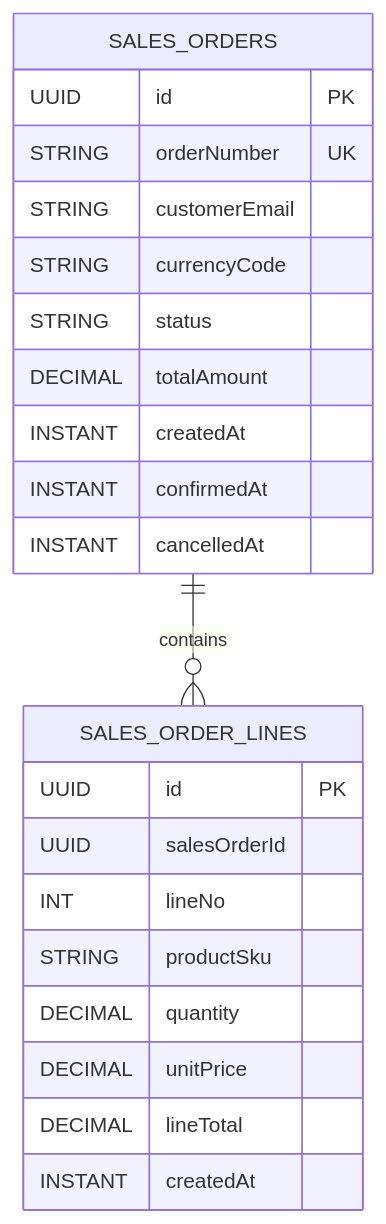
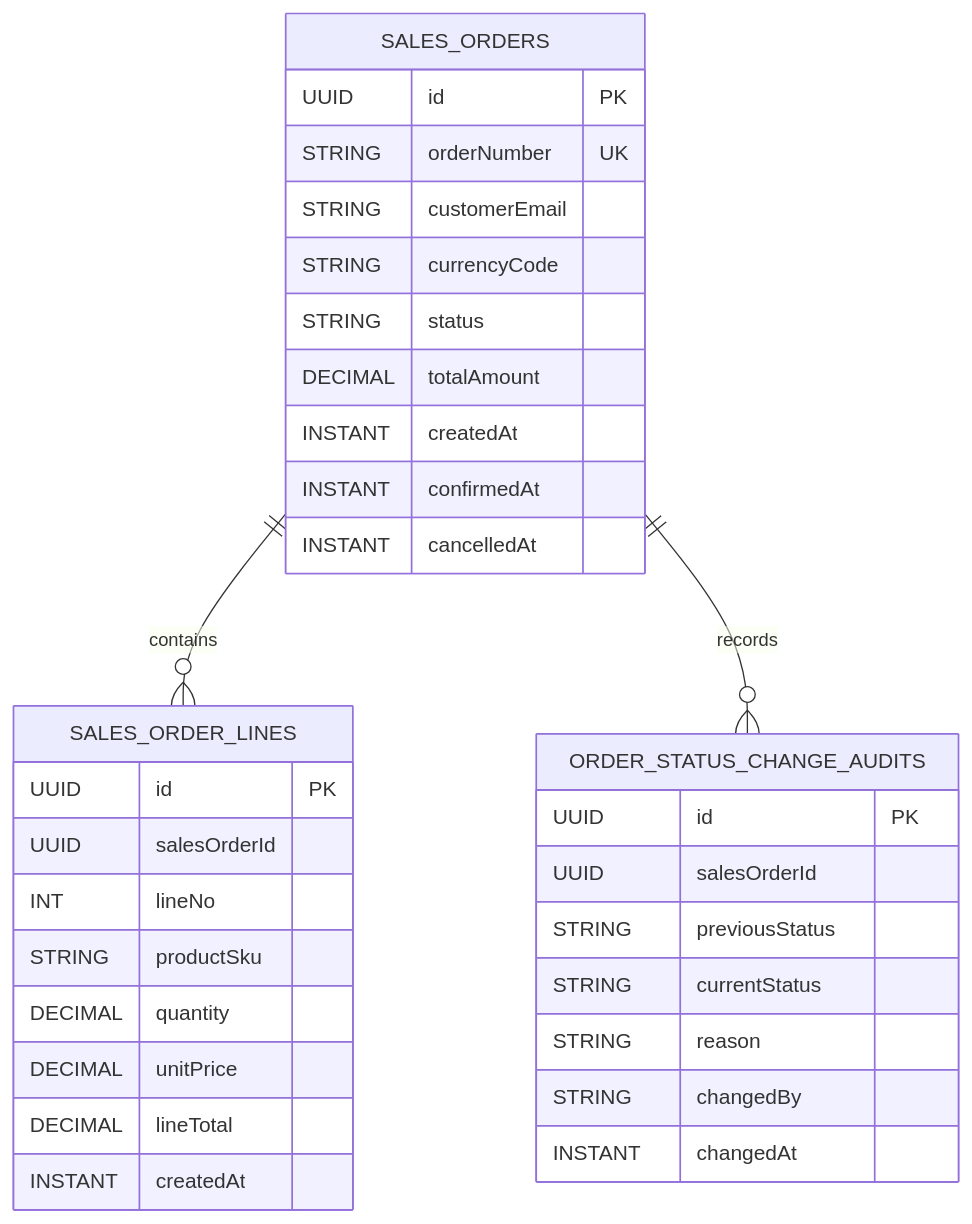
One commit to ArcanaERP/platform changed the diagram in docs/orders-data-model.md. Above: the diagram before and after it, drawn with Mermaid. The commit also changed other lines of this file and 16 other files, not shown here.

Commit message:
Add order status change attribution

````diff
--- a/docs/orders-data-model.md
+++ b/docs/orders-data-model.md
@@ -7,27 +7,38 @@
 ```mermaid
 erDiagram
     SALES_ORDERS ||--o{ SALES_ORDER_LINES : contains
+    SALES_ORDERS ||--o{ ORDER_STATUS_CHANGE_AUDITS : records
 
     SALES_ORDERS {
       UUID id PK
       STRING orderNumber UK
       STRING customerEmail
       STRING currencyCode
       STRING status
       DECIMAL totalAmount
       INSTANT createdAt
       INSTANT confirmedAt
       INSTANT cancelledAt
     }
 
     SALES_ORDER_LINES {
       UUID id PK
       UUID salesOrderId
       INT lineNo
       STRING productSku
       DECIMAL quantity
       DECIMAL unitPrice
       DECIMAL lineTotal
       INSTANT createdAt
     }
+
+    ORDER_STATUS_CHANGE_AUDITS {
+      UUID id PK
+      UUID salesOrderId
+      STRING previousStatus
+      STRING currentStatus
+      STRING reason
+      STRING changedBy
+      INSTANT changedAt
+    }
 ```
````
